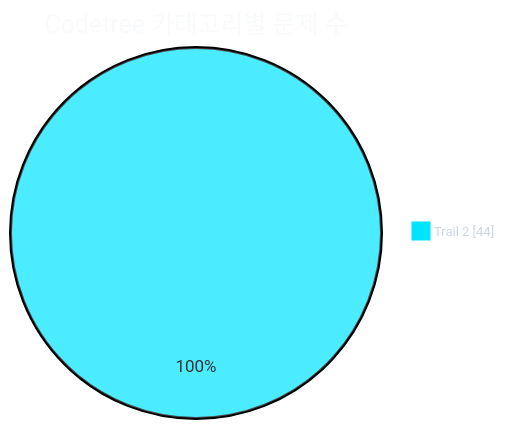
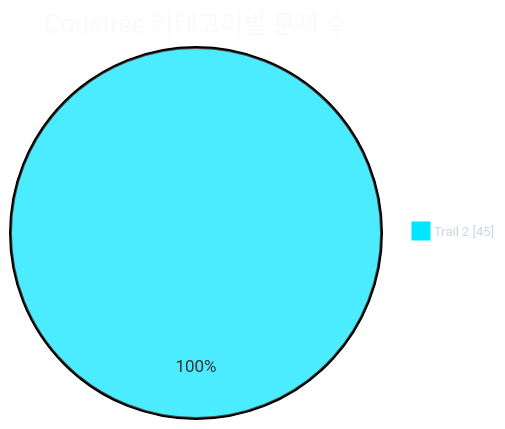
One commit to CHOOSLA/Algorithm changed the first of 2 diagrams in readme.md. Above: the diagram before and after it, drawn with Mermaid. The commit also changed other lines of this file and 2 other files, not shown here.

````diff
--- a/readme.md
+++ b/readme.md
@@ -31,21 +31,21 @@
 ```mermaid
 ---
 config:
   theme: base
   themeVariables:
     background: '#0d1117'
     pieTitleTextColor: '#f8fafc'
     pieLegendTextColor: '#cbd5e1'
     pieLegendTextSize: '13px'
     pie1: '#00e5ff'
     pie2: '#22c55e'
     pie3: '#f59e0b'
     pie4: '#a855f7'
     pie5: '#ec4899'
     pie6: '#3b82f6'
     pie7: '#64748b'
 ---
 pie showData
   title Codetree 카테고리별 문제 수
-  "Trail 2" : 44
+  "Trail 2" : 45
 ```
````
